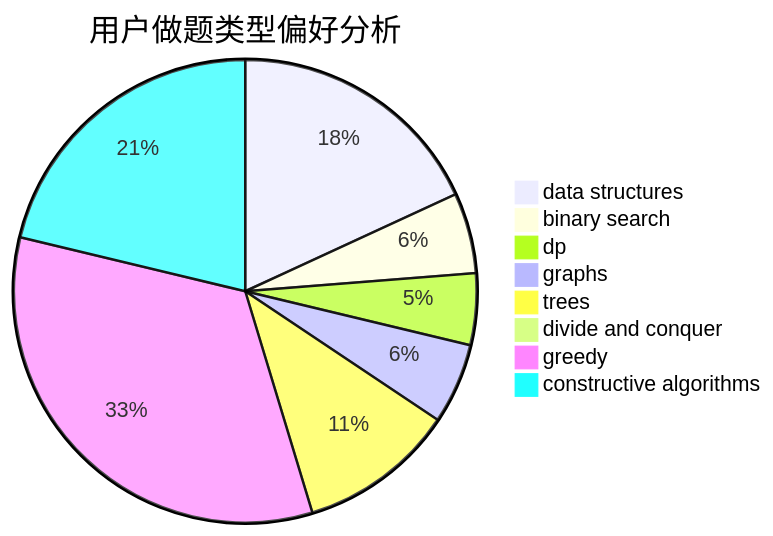
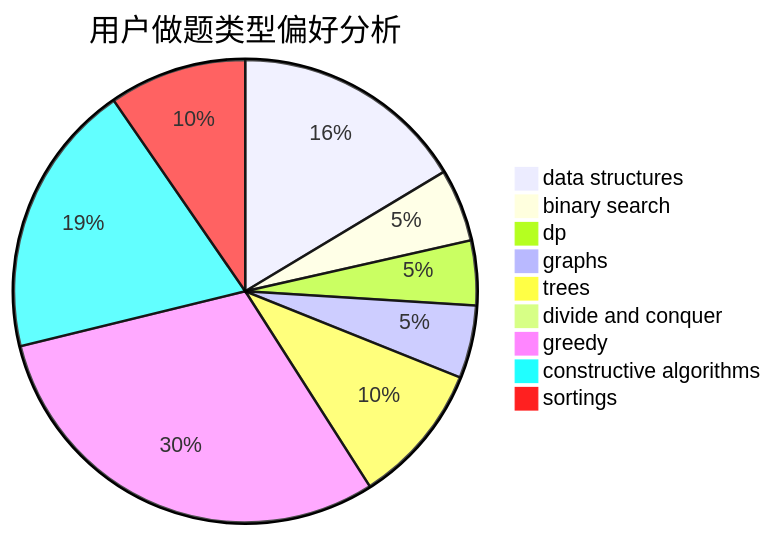
Before and after one commit to sherpahu/cfrs.github.io: the second of 3 diagrams in docs/user/u2387.md, drawn with Mermaid. The commit also changed other lines of this file and 2769 other files, not shown here.

````diff
--- a/docs/user/u2387.md
+++ b/docs/user/u2387.md
@@ -23,11 +18,12 @@
 ```mermaid
 pie title 用户做题类型偏好分析
     "data structures" :  58
     "binary search" :  18
     "dp" :  16
     "graphs" :  18
     "trees" :  35
     "divide and conquer" :  0
     "greedy" :  107
     "constructive algorithms" :  68
+    "sortings" :  34
 ```
````
